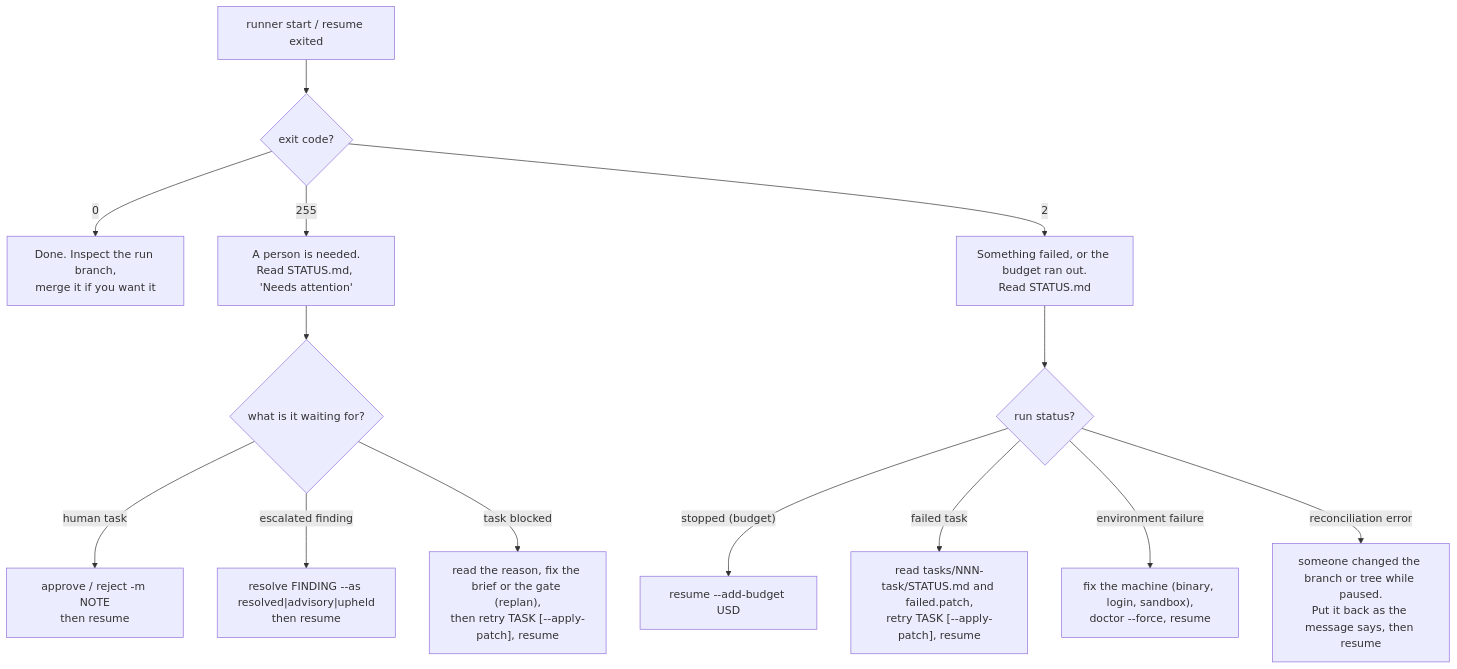
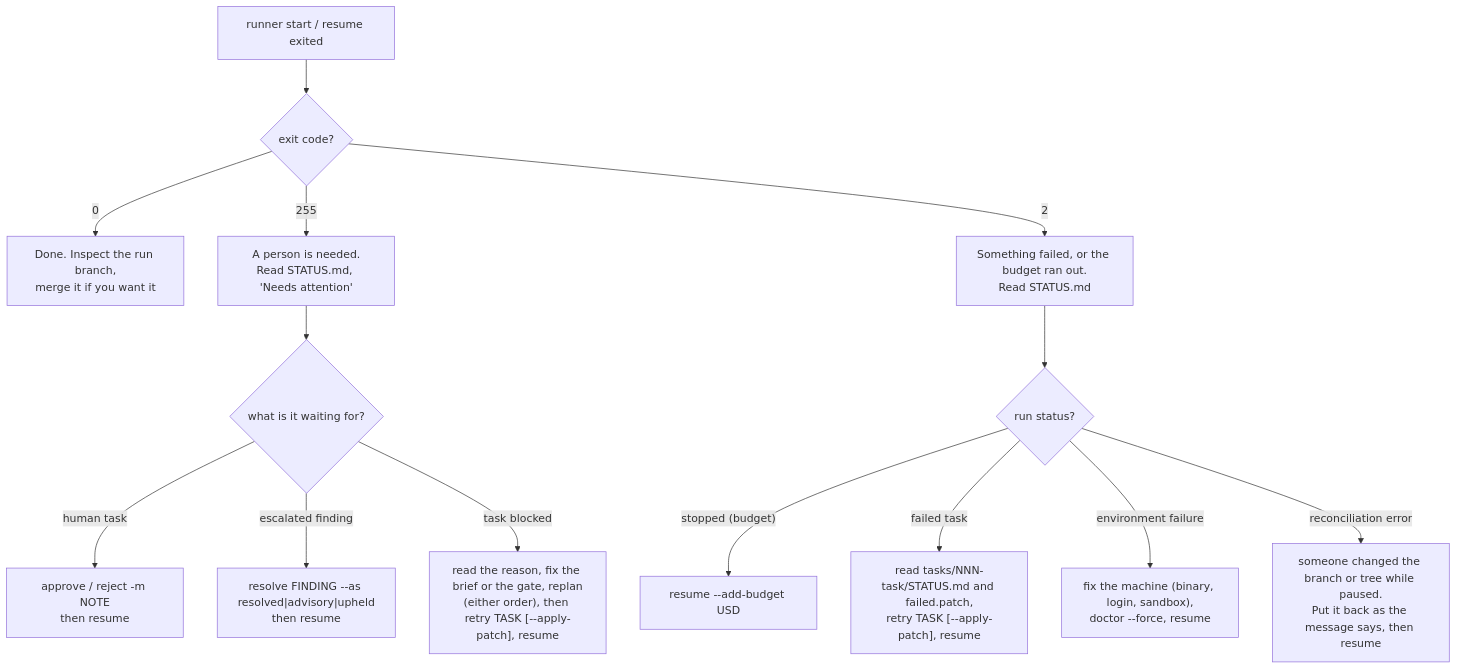
One commit to miavenet/mv-aipp101-starter changed the diagram in task_runner/docs/runbook.md. Above: the diagram before and after it, drawn with Mermaid. The commit also changed other lines of this file and 6 other files, not shown here.

````diff
--- a/task_runner/docs/runbook.md
+++ b/task_runner/docs/runbook.md
@@ -12,16 +12,16 @@
 ```mermaid
 flowchart TB
     S["runner start / resume exited"] --> E{"exit code?"}
     E -- "0" --> DONE["Done. Inspect the run branch,<br/>merge it if you want it"]
     E -- "255" --> H["A person is needed.<br/>Read STATUS.md, 'Needs attention'"]
     E -- "2" --> F["Something failed, or the budget ran out.<br/>Read STATUS.md"]
     H --> H1{"what is it waiting for?"}
     H1 -- "human task" --> AP["approve / reject -m NOTE<br/>then resume"]
     H1 -- "escalated finding" --> RS["resolve FINDING --as resolved|advisory|upheld<br/>then resume"]
-    H1 -- "task blocked" --> BL["read the reason, fix the brief or the gate (replan),<br/>then retry TASK [--apply-patch], resume"]
+    H1 -- "task blocked" --> BL["read the reason, fix the brief or the gate, replan<br/>(either order), then retry TASK [--apply-patch], resume"]
     F --> F1{"run status?"}
     F1 -- "stopped (budget)" --> BUD["resume --add-budget USD"]
     F1 -- "failed task" --> RT["read tasks/NNN-task/STATUS.md and failed.patch,<br/>retry TASK [--apply-patch], resume"]
     F1 -- "environment failure" --> ENV["fix the machine (binary, login, sandbox),<br/>doctor --force, resume"]
     F1 -- "reconciliation error" --> RECON["someone changed the branch or tree while paused.<br/>Put it back as the message says, then resume"]
 ```
````
